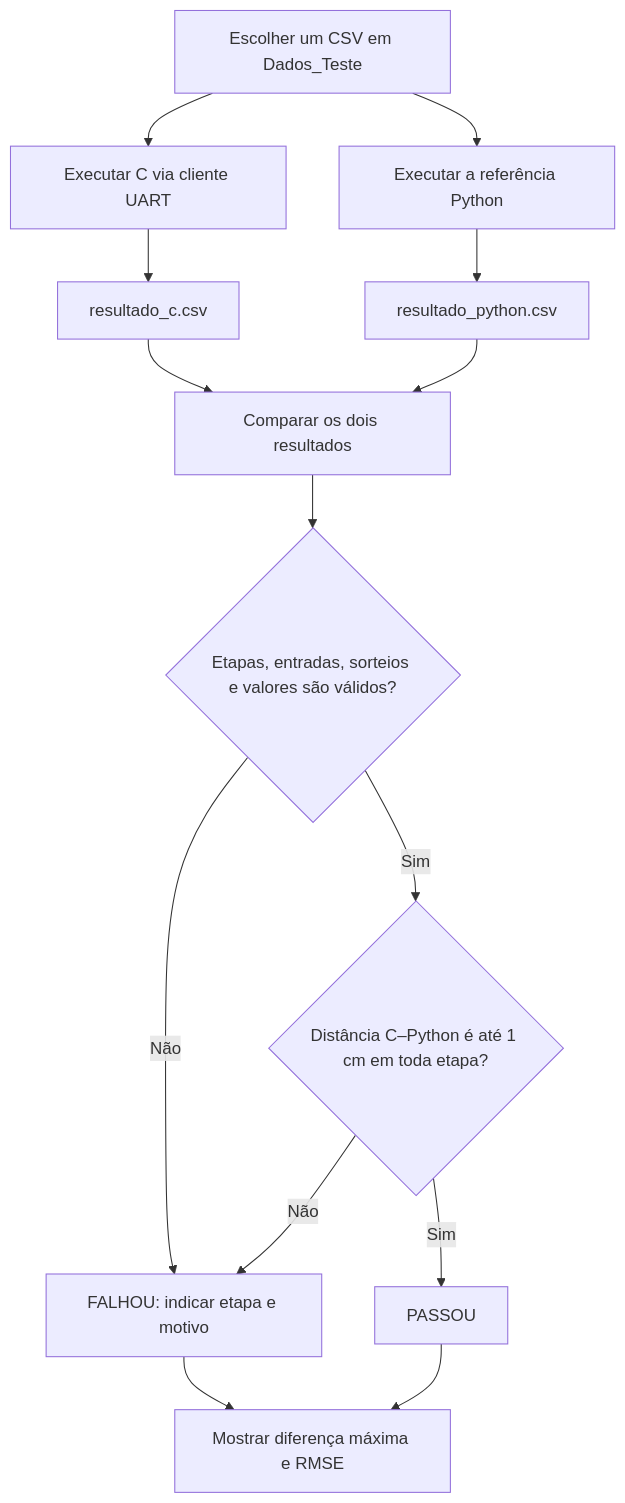
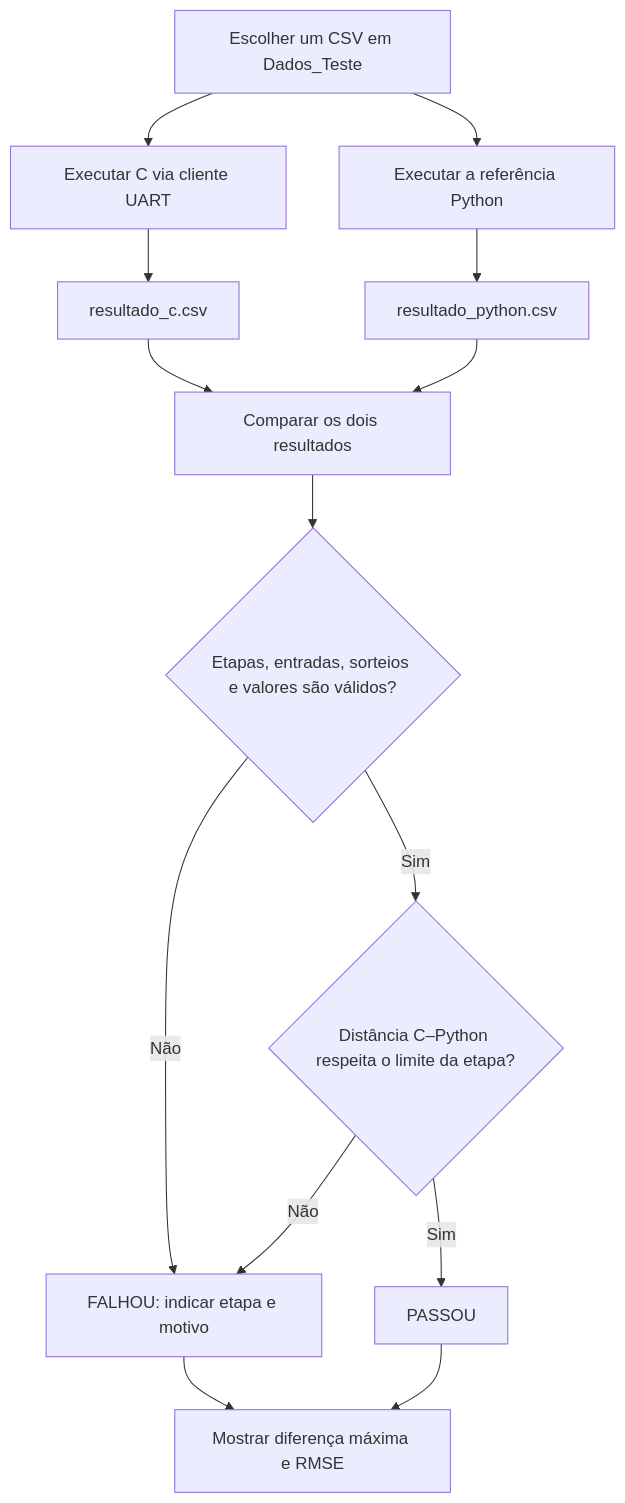
Before and after one commit to RichardBrendon/Particle-Filter: the second of 2 diagrams in docs/funcionamento-e-validacao.md, drawn with Mermaid. The commit also changed other lines of this file, not shown here.

Commit message:
Atualiza criterio de validacao por etapa

````diff
--- a/docs/funcionamento-e-validacao.md
+++ b/docs/funcionamento-e-validacao.md
@@ -28,16 +28,16 @@
 ```mermaid
 flowchart TD
     A[Escolher um CSV em Dados_Teste] --> B[Executar C via cliente UART]
     A --> C[Executar a referência Python]
     B --> D[resultado_c.csv]
     C --> E[resultado_python.csv]
     D --> F[Comparar os dois resultados]
     E --> F
     F --> G{Etapas, entradas, sorteios e valores são válidos?}
     G -- Não --> H[FALHOU: indicar etapa e motivo]
-    G -- Sim --> I{Distância C–Python é até 1 cm em toda etapa?}
+    G -- Sim --> I{Distância C–Python respeita o limite da etapa?}
     I -- Não --> H
     I -- Sim --> J[PASSOU]
     H --> K[Mostrar diferença máxima e RMSE]
     J --> K
 ```
````
